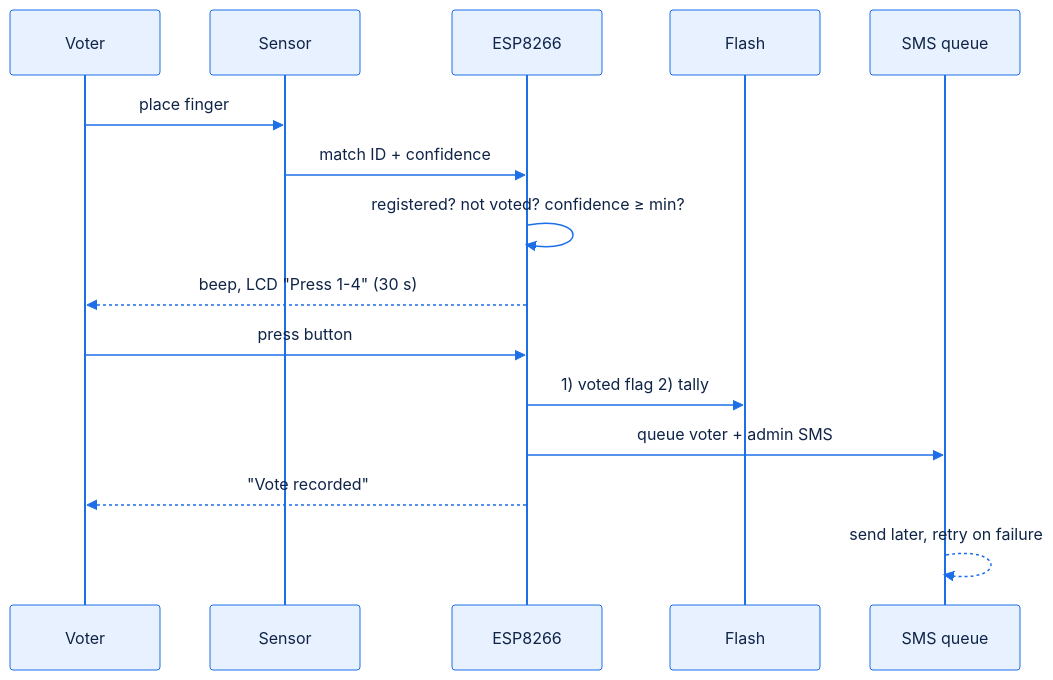
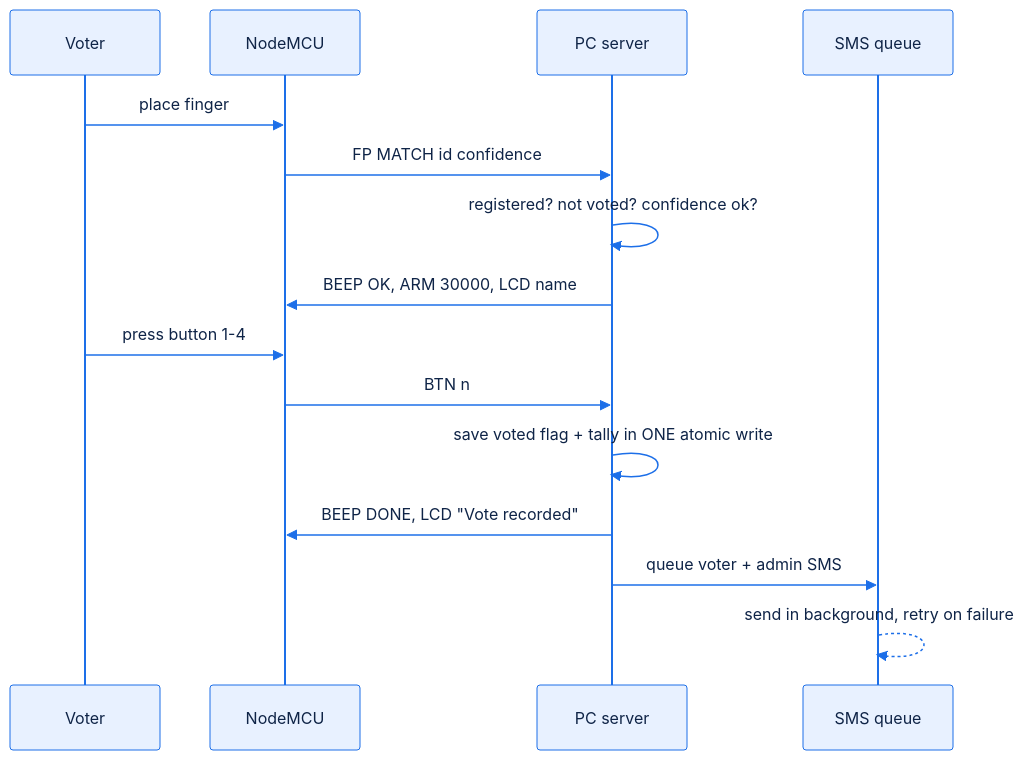
The second of 2 diagrams in README.md (ombhagwat18/VottingSystemFingerPrintSensor), drawn with Mermaid before and after one commit. The commit also changed other lines of this file and 46 other files, not shown here.

First line of the commit message:
Move processing to the PC: NodeMCU hardware bridge + Python server + React dashboard

````diff
--- a/README.md
+++ b/README.md
@@ -94,18 +106,18 @@
 ```mermaid
 %%{init: {'theme':'base','themeVariables':{'primaryColor':'#e8f1ff','primaryTextColor':'#0f2447','primaryBorderColor':'#1d6fe8','lineColor':'#1d6fe8','actorBkg':'#e8f1ff','actorBorder':'#1d6fe8','signalColor':'#1d6fe8'}}}%%
 sequenceDiagram
     participant Vo as Voter
-    participant Se as Sensor
-    participant Es as ESP8266
-    participant Fl as Flash
-    participant Sm as SMS queue
-    Vo->>Se: place finger
-    Se->>Es: match ID + confidence
-    Es->>Es: registered? not voted? confidence ≥ min?
-    Es-->>Vo: beep, LCD "Press 1-4" (30 s)
-    Vo->>Es: press button
-    Es->>Fl: 1) voted flag  2) tally
-    Es->>Sm: queue voter + admin SMS
-    Es-->>Vo: "Vote recorded"
-    Sm-->>Sm: send later, retry on failure
+    participant N as NodeMCU
+    participant P as PC server
+    participant S as SMS queue
+    Vo->>N: place finger
+    N->>P: FP MATCH id confidence
+    P->>P: registered? not voted? confidence ok?
+    P->>N: BEEP OK, ARM 30000, LCD name
+    Vo->>N: press button 1-4
+    N->>P: BTN n
+    P->>P: save voted flag + tally in ONE atomic write
+    P->>N: BEEP DONE, LCD "Vote recorded"
+    P->>S: queue voter + admin SMS
+    S-->>S: send in background, retry on failure
 ```
````
